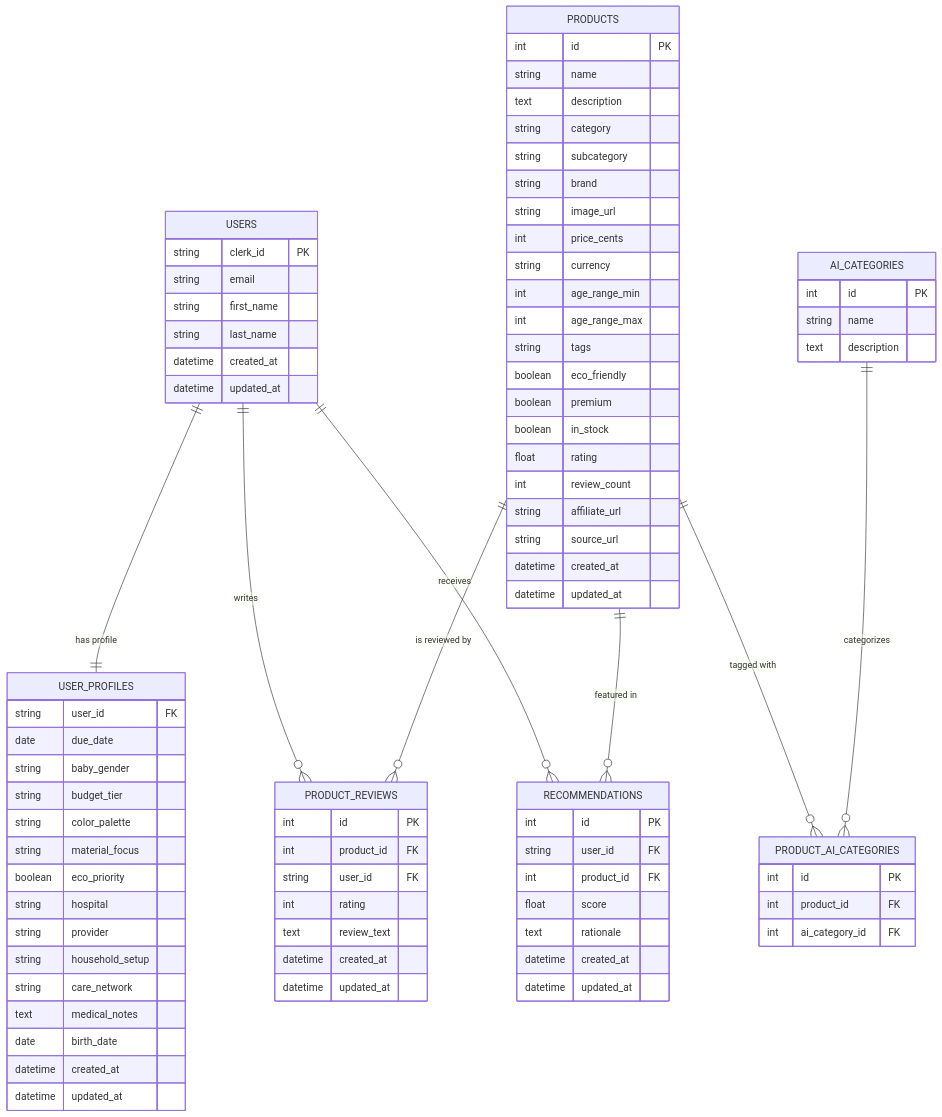
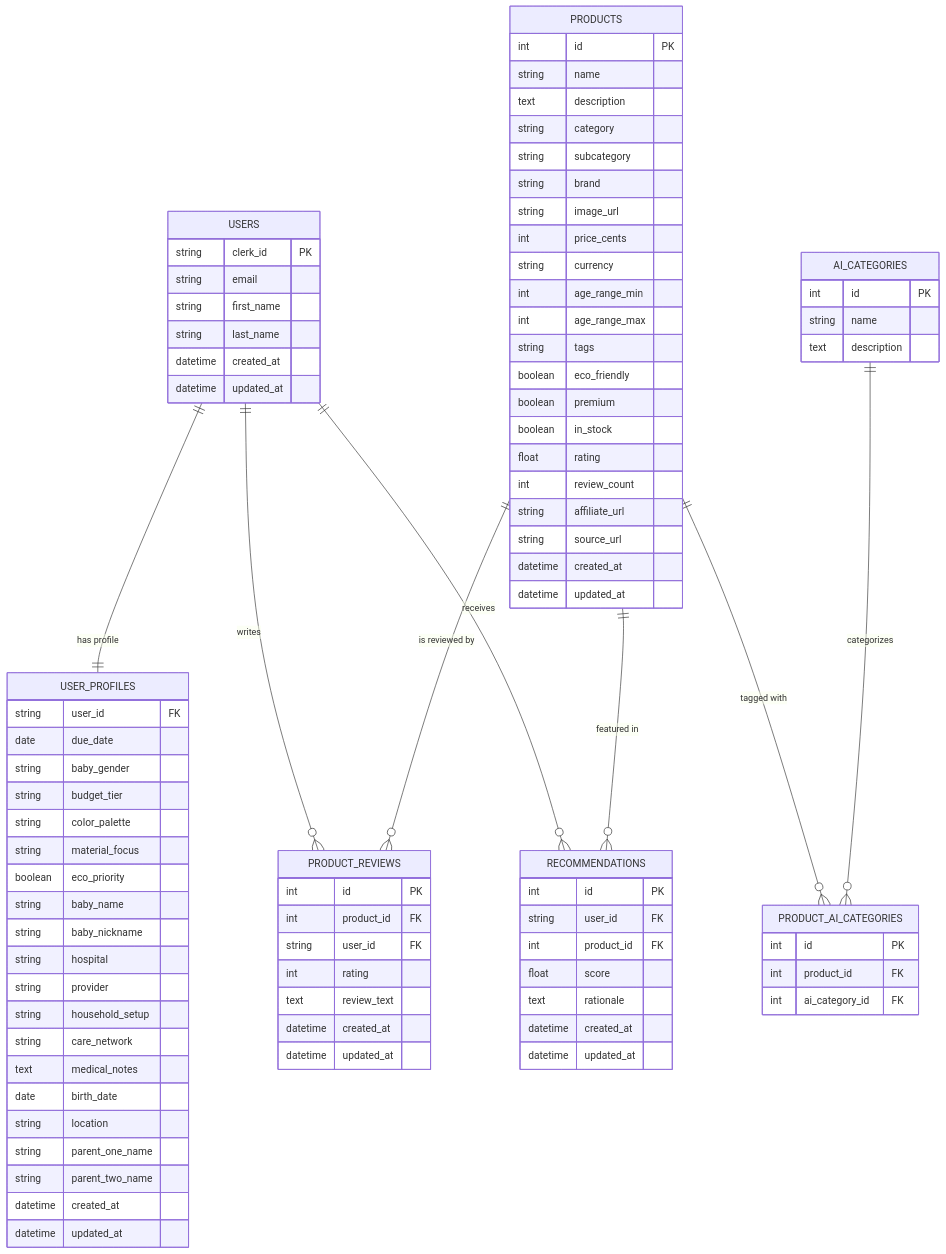
The second of 3 diagrams in README.md (jc92/babyshop), drawn with Mermaid before and after one commit. The commit also changed other lines of this file and 8 other files, not shown here.

```diff
--- a/README.md
+++ b/README.md
@@ -185,12 +186,17 @@
         string color_palette
         string material_focus
         boolean eco_priority
+        string baby_name
+        string baby_nickname
         string hospital
         string provider
         string household_setup
         string care_network
         text medical_notes
         date birth_date
+        string location
+        string parent_one_name
+        string parent_two_name
         datetime created_at
         datetime updated_at
     }
```
